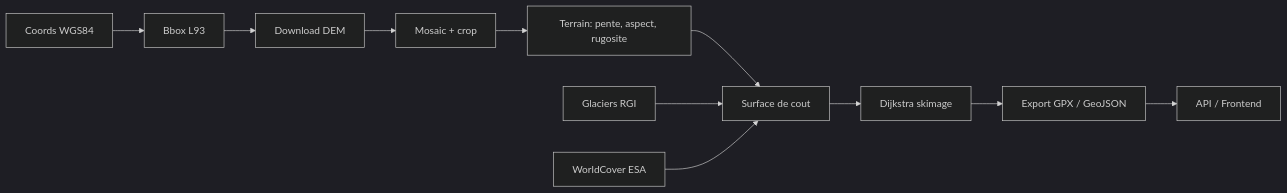
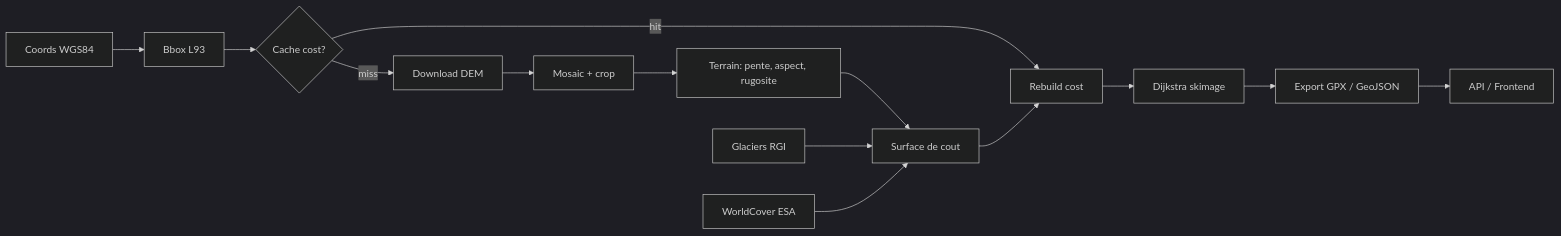
One commit to Samuellct/AlpineRoute changed the diagram in docs/architecture.md. Above: the diagram before and after it, drawn with Mermaid (dark theme). The commit also changed other lines of this file and 10 other files, not shown here.

````diff
--- a/docs/architecture.md
+++ b/docs/architecture.md
@@ -9,13 +9,16 @@
 ```mermaid
 flowchart LR
     A[Coords WGS84] --> B[Bbox L93]
-    B --> C[Download DEM]
+    B --> CC{Cache cost?}
+    CC -- hit --> F2[Rebuild cost]
+    CC -- miss --> C[Download DEM]
     C --> D[Mosaic + crop]
     D --> E[Terrain: pente, aspect, rugosite]
     E --> F[Surface de cout]
     G[Glaciers RGI] --> F
     H[WorldCover ESA] --> F
-    F --> I[Dijkstra skimage]
+    F --> F2
+    F2 --> I[Dijkstra skimage]
     I --> J[Export GPX / GeoJSON]
     J --> K[API / Frontend]
 ```
````
